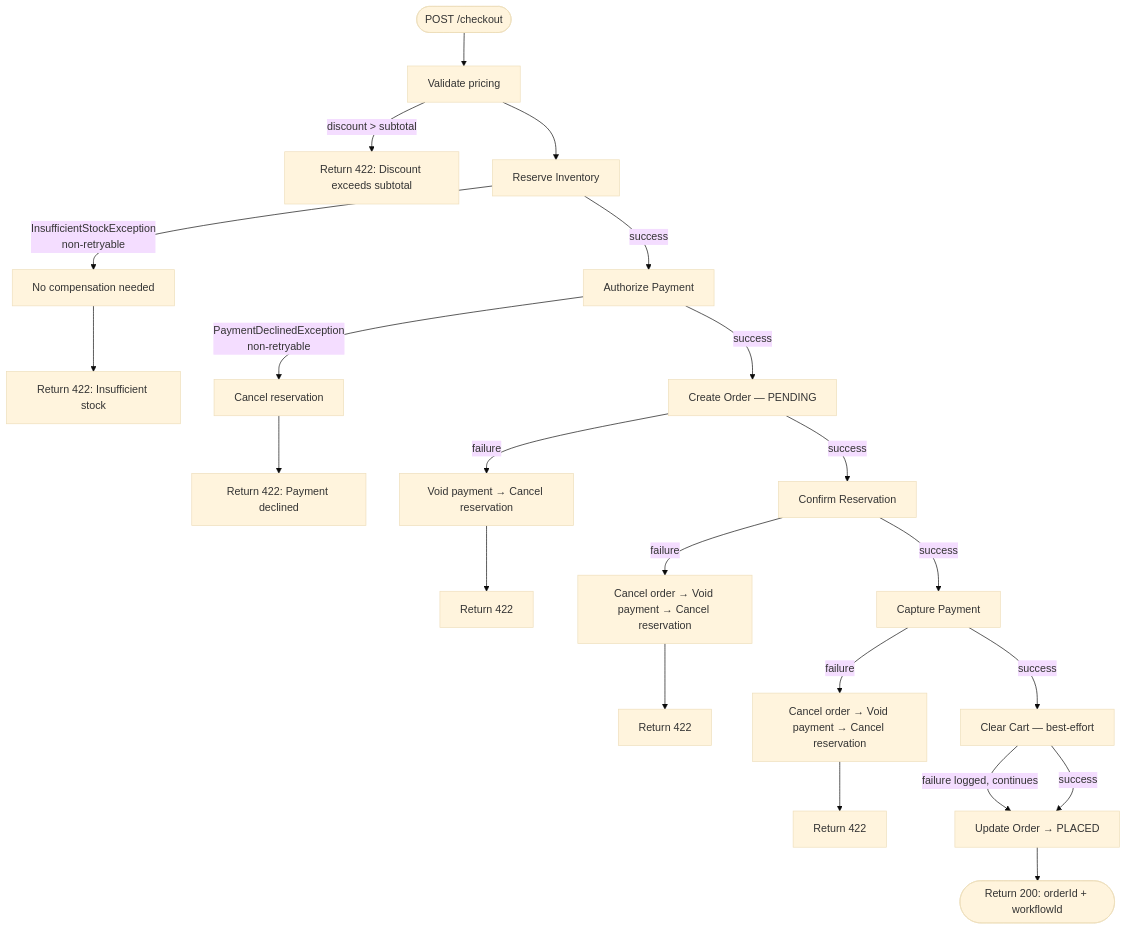
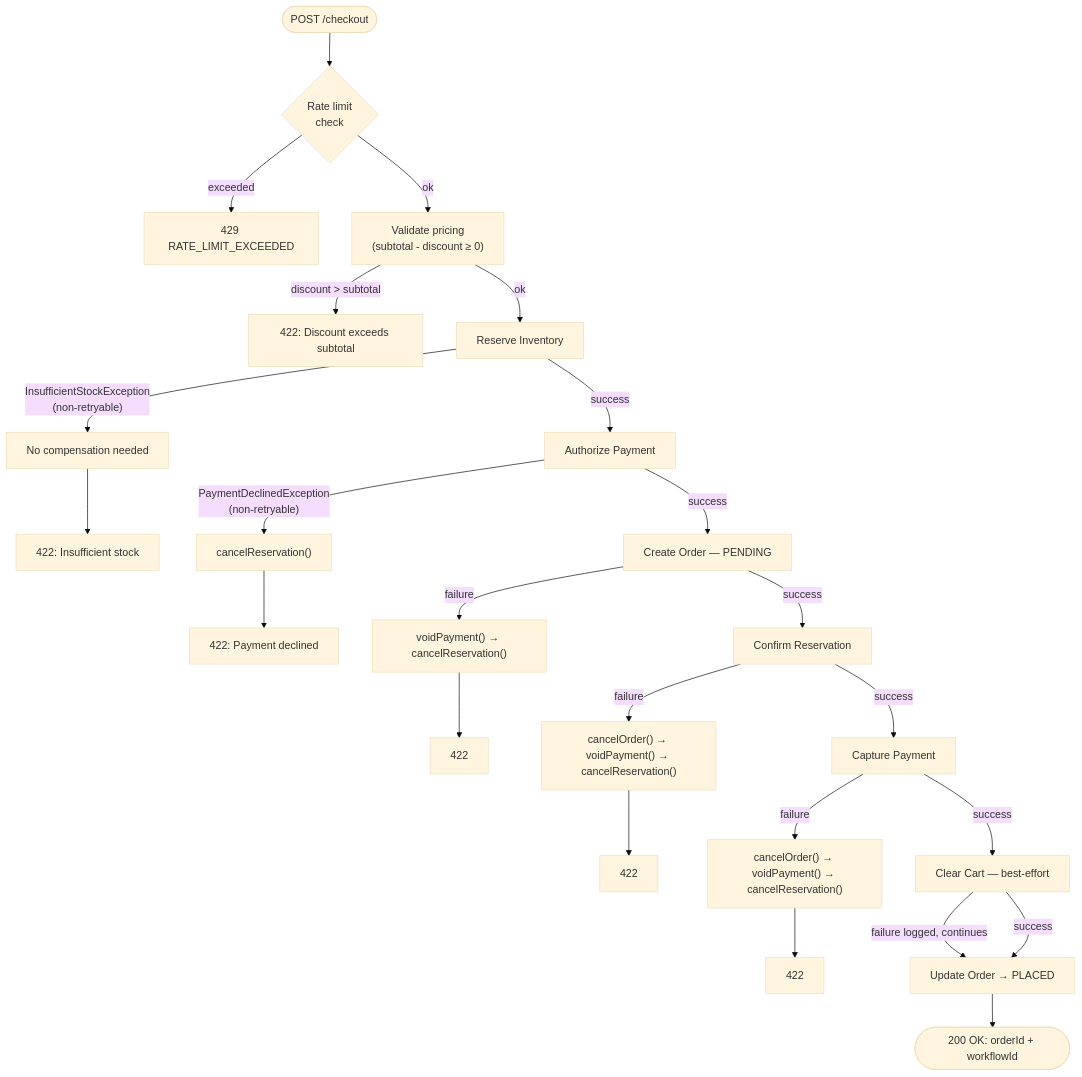
Before and after one commit to sunitakeazycommerz-a11y/InstaCommerce: the eighth of 8 diagrams in services/order-service/README.md, drawn with Mermaid (base theme). The commit also changed other lines of this file and 554 other files, not shown here.

````diff
--- a/services/order-service/README.md
+++ b/services/order-service/README.md
@@ -434,31 +830,33 @@
 ```mermaid
 flowchart TD
-    Start([POST /checkout]) --> Validate[Validate pricing]
-    Validate -->|discount > subtotal| Fail1[Return 422: Discount exceeds subtotal]
+    Start(["POST /checkout"]) --> RateLimit{"Rate limit<br/>check"}
+    RateLimit -->|exceeded| Fail0["429 RATE_LIMIT_EXCEEDED"]
+    RateLimit -->|ok| Validate["Validate pricing<br/>(subtotal - discount ≥ 0)"]
+    Validate -->|"discount > subtotal"| Fail1["422: Discount exceeds subtotal"]
 
-    Validate --> Reserve[Reserve Inventory]
-    Reserve -->|InsufficientStockException<br/>non-retryable| Comp1[No compensation needed]
-    Comp1 --> Fail2[Return 422: Insufficient stock]
+    Validate -->|ok| Reserve["Reserve Inventory"]
+    Reserve -->|"InsufficientStockException<br/>(non-retryable)"| Comp1["No compensation needed"]
+    Comp1 --> Fail2["422: Insufficient stock"]
 
-    Reserve -->|success| AuthPay[Authorize Payment]
-    AuthPay -->|PaymentDeclinedException<br/>non-retryable| Comp2[Cancel reservation]
-    Comp2 --> Fail3[Return 422: Payment declined]
+    Reserve -->|success| AuthPay["Authorize Payment"]
+    AuthPay -->|"PaymentDeclinedException<br/>(non-retryable)"| Comp2["cancelReservation()"]
+    Comp2 --> Fail3["422: Payment declined"]
 
-    AuthPay -->|success| CreateOrd[Create Order — PENDING]
-    CreateOrd -->|failure| Comp3[Void payment → Cancel reservation]
-    Comp3 --> Fail4[Return 422]
+    AuthPay -->|success| CreateOrd["Create Order — PENDING"]
+    CreateOrd -->|failure| Comp3["voidPayment() → cancelReservation()"]
+    Comp3 --> Fail4["422"]
 
-    CreateOrd -->|success| Confirm[Confirm Reservation]
-    Confirm -->|failure| Comp4[Cancel order → Void payment → Cancel reservation]
-    Comp4 --> Fail5[Return 422]
+    CreateOrd -->|success| Confirm["Confirm Reservation"]
+    Confirm -->|failure| Comp4["cancelOrder() → voidPayment() → cancelReservation()"]
+    Comp4 --> Fail5["422"]
 
-    Confirm -->|success| Capture[Capture Payment]
-    Capture -->|failure| Comp5[Cancel order → Void payment → Cancel reservation]
-    Comp5 --> Fail6[Return 422]
+    Confirm -->|success| Capture["Capture Payment"]
+    Capture -->|failure| Comp5["cancelOrder() → voidPayment() → cancelReservation()"]
+    Comp5 --> Fail6["422"]
 
-    Capture -->|success| ClearCart[Clear Cart — best-effort]
-    ClearCart -->|failure logged, continues| Finalize
-    ClearCart -->|success| Finalize[Update Order → PLACED]
+    Capture -->|success| ClearCart["Clear Cart — best-effort"]
+    ClearCart -->|"failure logged, continues"| Finalize
+    ClearCart -->|success| Finalize["Update Order → PLACED"]
 
-    Finalize --> Success([Return 200: orderId + workflowId])
+    Finalize --> Success(["200 OK: orderId + workflowId"])
 ```
````
